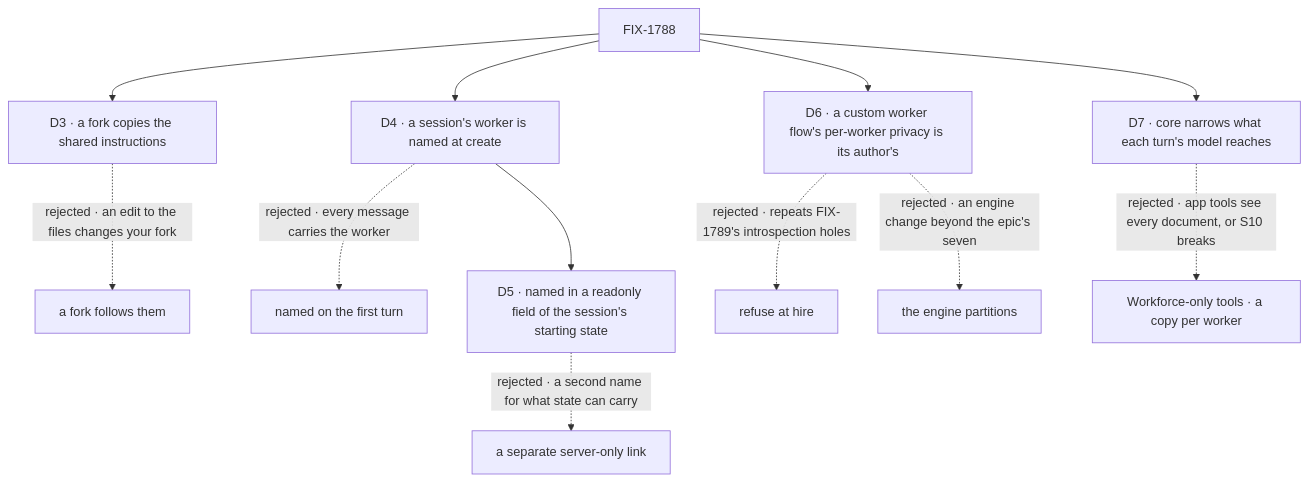
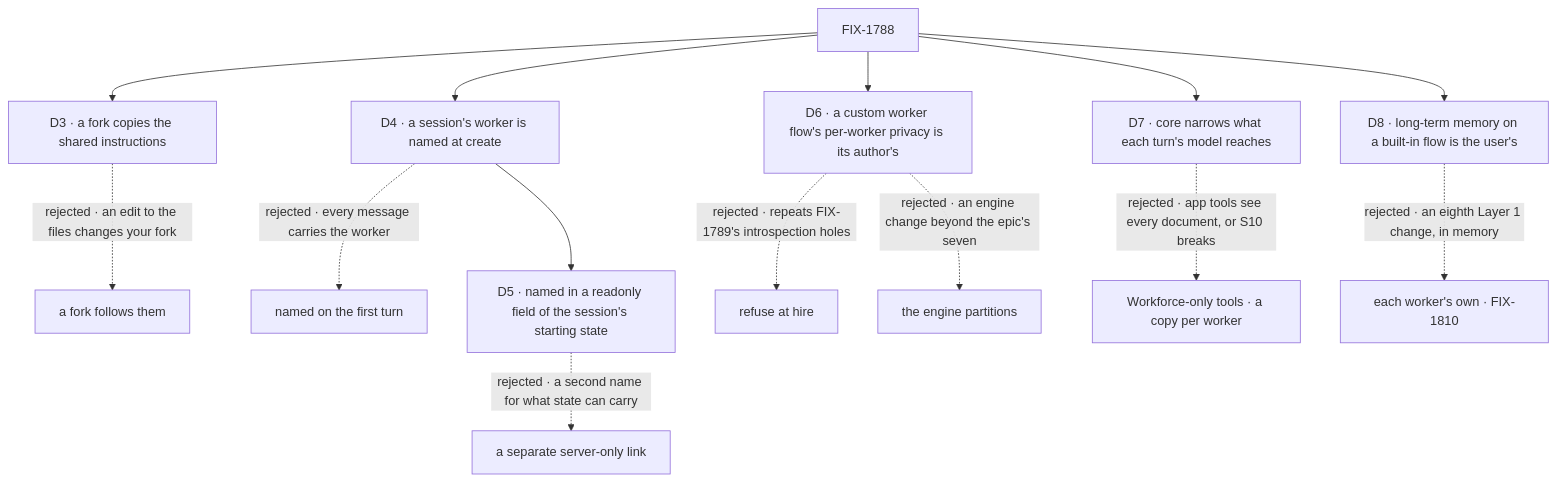
One commit to fixpoint-labs/flow-state-dev changed the diagram in specs/issues/FIX-1788/DECISIONS.md. Above: the diagram before and after it, drawn with Mermaid. The commit also changed other lines of this file and 7 other files, not shown here.

````diff
--- a/specs/issues/FIX-1788/DECISIONS.md
+++ b/specs/issues/FIX-1788/DECISIONS.md
@@ -13,14 +14,16 @@
 ```mermaid
 flowchart TD
   I["FIX-1788"] --> D3["D3 · a fork copies the shared instructions"]
   D3 -.->|"rejected · an edit to the files changes your fork"| X3["a fork follows them"]
   I --> D4["D4 · a session's worker is named at create"]
   D4 -.->|"rejected · every message carries the worker"| X4["named on the first turn"]
   D4 --> D5["D5 · named in a readonly field of the session's starting state"]
   D5 -.->|"rejected · a second name for what state can carry"| X5["a separate server-only link"]
   I --> D6["D6 · a custom worker flow's per-worker privacy is its author's"]
   D6 -.->|"rejected · repeats FIX-1789's introspection holes"| X6["refuse at hire"]
   D6 -.->|"rejected · an engine change beyond the epic's seven"| X7["the engine partitions"]
   I --> D7["D7 · core narrows what each turn's model reaches"]
   D7 -.->|"rejected · app tools see every document, or S10 breaks"| X8["Workforce-only tools · a copy per worker"]
+  I --> D8["D8 · long-term memory on a built-in flow is the user's"]
+  D8 -.->|"rejected · an eighth Layer 1 change, in memory"| X9["each worker's own · FIX-1810"]
 ```
````
